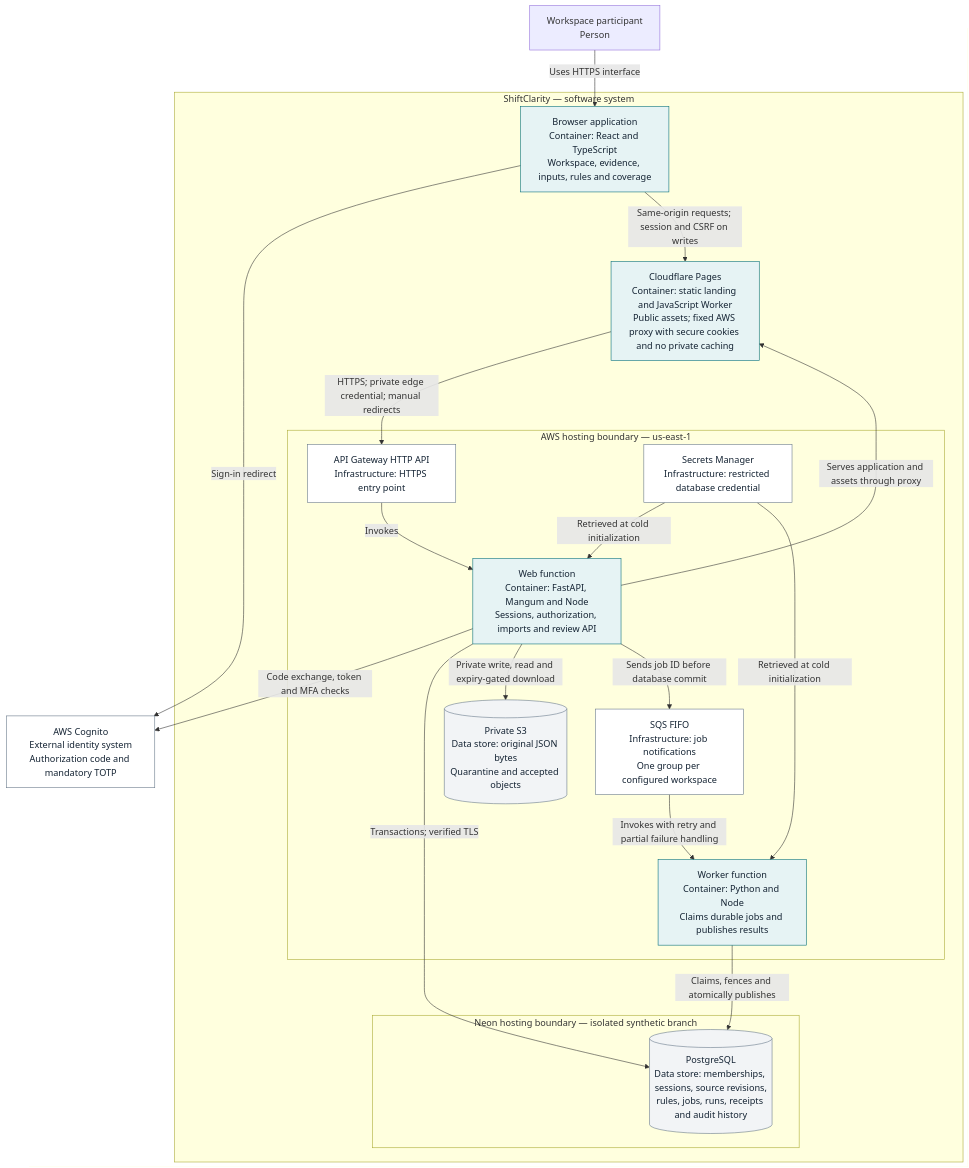
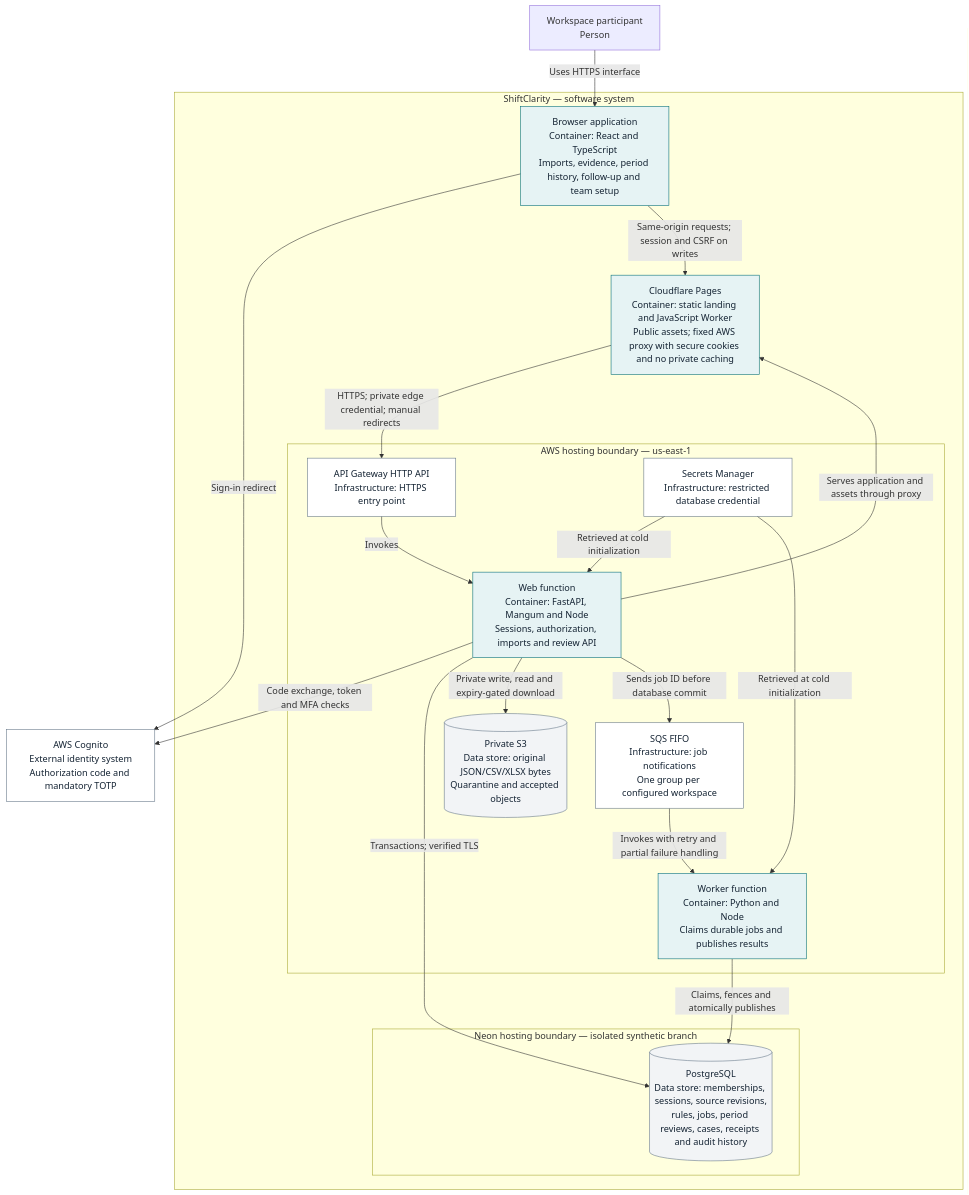
One commit to manynames3/ShiftClarity changed the second of 6 diagrams in docs/architecture/README.md. Above: the diagram before and after it, drawn with Mermaid. The commit also changed other lines of this file and 85 other files, not shown here.

````diff
--- a/docs/architecture/README.md
+++ b/docs/architecture/README.md
@@ -44,46 +44,46 @@
 ```mermaid
 flowchart TB
     user["Workspace participant<br/>Person"]
     cognito["AWS Cognito<br/>External identity system<br/>Authorization code and mandatory TOTP"]
 
     subgraph sc["ShiftClarity — software system"]
-        ui["Browser application<br/>Container: React and TypeScript<br/>Workspace, evidence, inputs, rules and coverage"]
+        ui["Browser application<br/>Container: React and TypeScript<br/>Imports, evidence, period history, follow-up and team setup"]
 
         edge["Cloudflare Pages<br/>Container: static landing and JavaScript Worker<br/>Public assets; fixed AWS proxy with secure cookies and no private caching"]
 
         subgraph aws["AWS hosting boundary — us-east-1"]
             gateway["API Gateway HTTP API<br/>Infrastructure: HTTPS entry point"]
             web["Web function<br/>Container: FastAPI, Mangum and Node<br/>Sessions, authorization, imports and review API"]
             queue["SQS FIFO<br/>Infrastructure: job notifications<br/>One group per configured workspace"]
             worker["Worker function<br/>Container: Python and Node<br/>Claims durable jobs and publishes results"]
-            objects[("Private S3<br/>Data store: original JSON bytes<br/>Quarantine and accepted objects")]
+            objects[("Private S3<br/>Data store: original JSON/CSV/XLSX bytes<br/>Quarantine and accepted objects")]
             secrets["Secrets Manager<br/>Infrastructure: restricted database credential"]
         end
 
         subgraph neon["Neon hosting boundary — isolated synthetic branch"]
-            db[("PostgreSQL<br/>Data store: memberships, sessions, source revisions,<br/>rules, jobs, runs, receipts and audit history")]
+            db[("PostgreSQL<br/>Data store: memberships, sessions, source revisions,<br/>rules, jobs, period reviews, cases, receipts and audit history")]
         end
     end
 
     user -->|"Uses HTTPS interface"| ui
     ui -->|"Sign-in redirect"| cognito
     ui -->|"Same-origin requests; session and CSRF on writes"| edge
     edge -->|"HTTPS; private edge credential; manual redirects"| gateway
     gateway -->|"Invokes"| web
     web -->|"Code exchange, token and MFA checks"| cognito
     web -->|"Serves application and assets through proxy"| edge
     web -->|"Transactions; verified TLS"| db
     web -->|"Private write, read and expiry-gated download"| objects
     web -->|"Sends job ID before database commit"| queue
     queue -->|"Invokes with retry and partial failure handling"| worker
     worker -->|"Claims, fences and atomically publishes"| db
     secrets -->|"Retrieved at cold initialization"| web
     secrets -->|"Retrieved at cold initialization"| worker
 
     classDef app fill:#e6f3f4,stroke:#006C78,color:#142333;
     classDef store fill:#f2f4f6,stroke:#667788,color:#142333;
     classDef infra fill:#ffffff,stroke:#667788,color:#142333;
     class ui,edge,web,worker app;
     class db,objects store;
     class gateway,queue,secrets,cognito infra;
 ```
````
